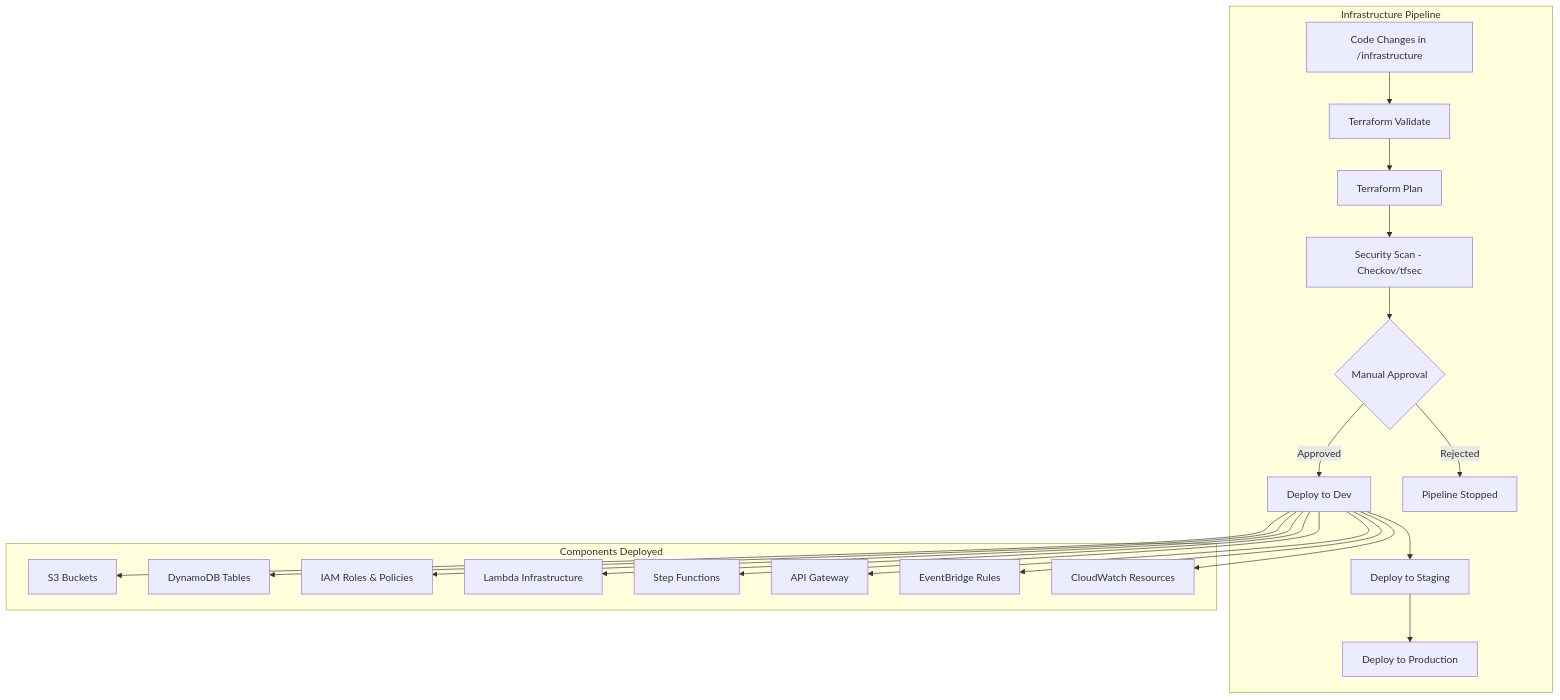
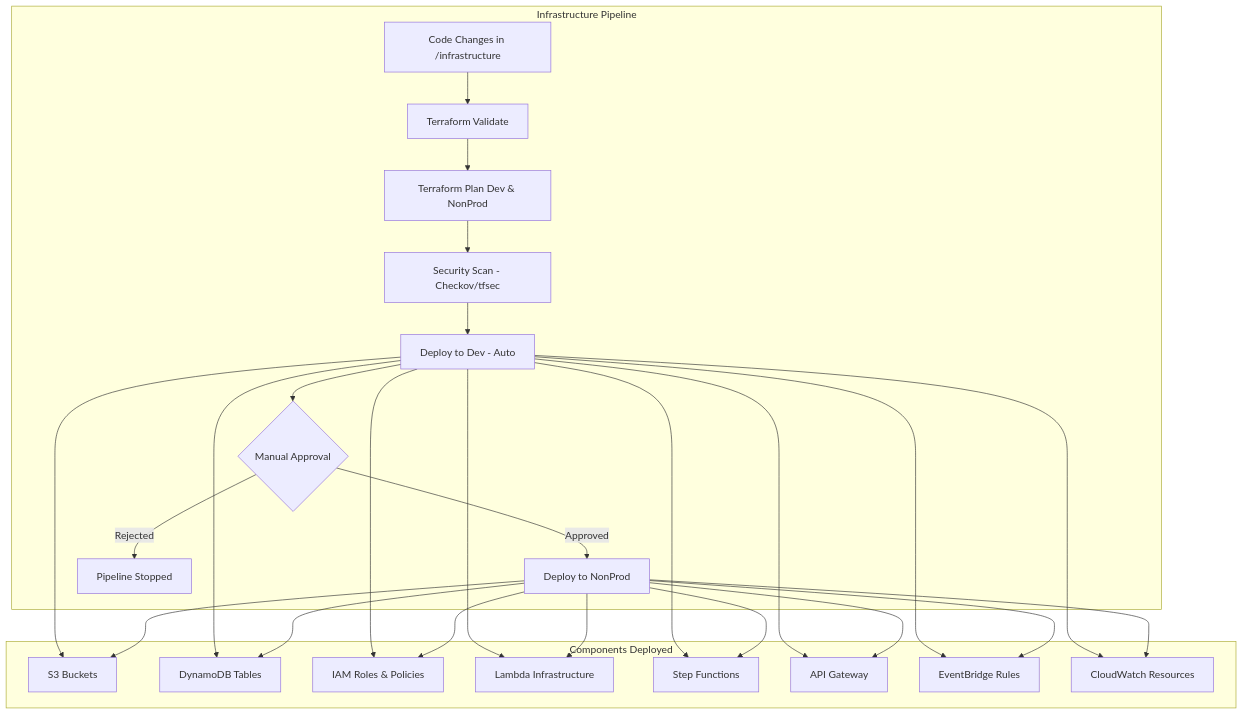
One commit to prime89-hash/design-document-idp changed the second of 4 diagrams in .kiro/specs/intelligent-document-processing/design.md. Above: the diagram before and after it, drawn with Mermaid. The commit also changed other lines of this file, not shown here.

````diff
--- a/.kiro/specs/intelligent-document-processing/design.md
+++ b/.kiro/specs/intelligent-document-processing/design.md
@@ -1130,33 +1200,40 @@
 ```mermaid
 graph TB
     subgraph "Infrastructure Pipeline"
         A[Code Changes in /infrastructure] --> B[Terraform Validate]
-        B --> C[Terraform Plan]
+        B --> C[Terraform Plan Dev & NonProd]
         C --> D[Security Scan - Checkov/tfsec]
-        D --> E{Manual Approval}
-        E -->|Approved| F[Deploy to Dev]
-        F --> G[Deploy to Staging]
-        G --> H[Deploy to Production]
-        E -->|Rejected| I[Pipeline Stopped]
+        D --> E[Deploy to Dev - Auto]
+        E --> F{Manual Approval}
+        F -->|Approved| G[Deploy to NonProd]
+        F -->|Rejected| H[Pipeline Stopped]
     end
     
     subgraph "Components Deployed"
-        J[S3 Buckets]
-        K[DynamoDB Tables]
-        L[IAM Roles & Policies]
-        M[Lambda Infrastructure]
-        N[Step Functions]
-        O[API Gateway]
-        P[EventBridge Rules]
-        Q[CloudWatch Resources]
+        I[S3 Buckets]
+        J[DynamoDB Tables]
+        K[IAM Roles & Policies]
+        L[Lambda Infrastructure]
+        M[Step Functions]
+        N[API Gateway]
+        O[EventBridge Rules]
+        P[CloudWatch Resources]
     end
     
-    F --> J
-    F --> K
-    F --> L
-    F --> M
-    F --> N
-    F --> O
-    F --> P
-    F --> Q
+    E --> I
+    E --> J
+    E --> K
+    E --> L
+    E --> M
+    E --> N
+    E --> O
+    E --> P
+    G --> I
+    G --> J
+    G --> K
+    G --> L
+    G --> M
+    G --> N
+    G --> O
+    G --> P
 ```
````
